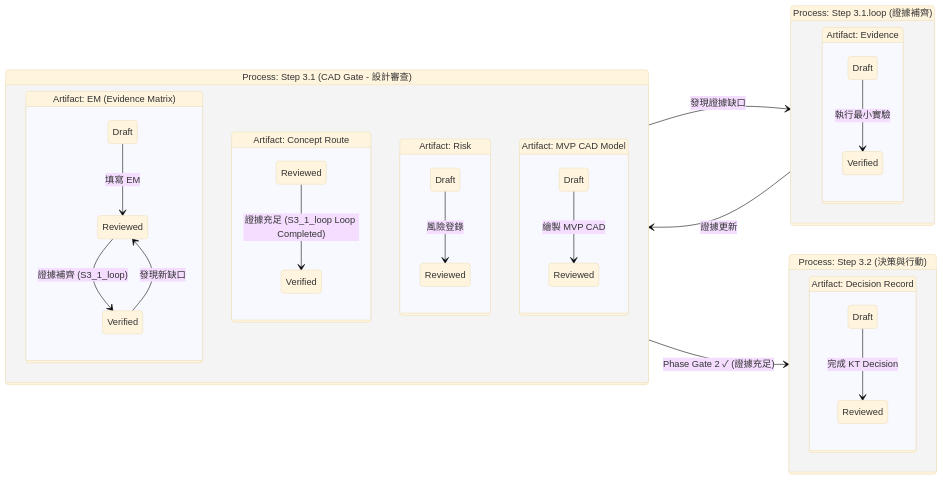
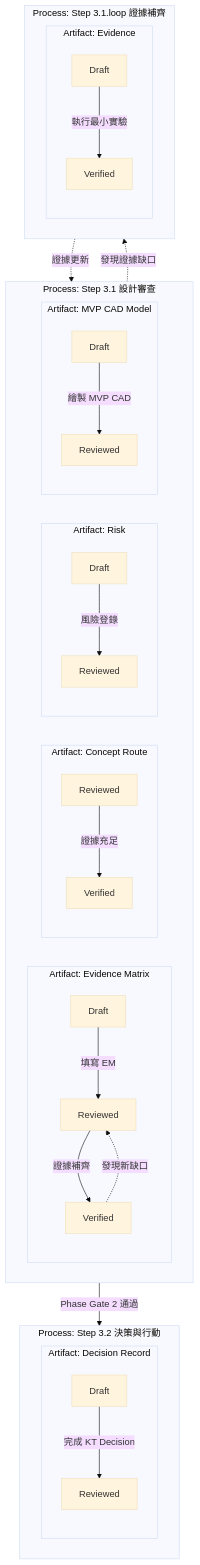
Before and after one commit to Zenobia000/AutoTRIZ_smart_design: the second of 3 diagrams in docs/e2e/RD_Design_Copilot_State_Machine.md, drawn with Mermaid (base theme). The commit also changed other lines of this file and 1 other file, not shown here.

First line of the commit message:
docs: update E2E docs for 8-gate system, Pre-CAD, evidence matrix, WANT seed

````diff
--- a/docs/e2e/RD_Design_Copilot_State_Machine.md
+++ b/docs/e2e/RD_Design_Copilot_State_Machine.md
@@ -99,50 +83,35 @@
 ```mermaid
-stateDiagram-v2
-    direction LR
+graph TB
+    subgraph Process3_1["Process: Step 3.1 設計審查"]
+        subgraph EM_Artifact["Artifact: Evidence Matrix"]
+            EM_Draft["Draft"] -->|"填寫 EM"| EM_Reviewed["Reviewed"]
+            EM_Reviewed -->|"證據補齊"| EM_Verified["Verified"]
+            EM_Verified -.->|"發現新缺口"| EM_Reviewed
+        end
+        subgraph CR_Artifact["Artifact: Concept Route"]
+            CR_Reviewed["Reviewed"] -->|"證據充足"| CR_Verified["Verified"]
+        end
+        subgraph Risk_Artifact["Artifact: Risk"]
+            Risk_Draft["Draft"] -->|"風險登錄"| Risk_Reviewed["Reviewed"]
+        end
+        subgraph MVP_CAD["Artifact: MVP CAD Model"]
+            CAD_Draft["Draft"] -->|"繪製 MVP CAD"| CAD_Reviewed["Reviewed"]
+        end
+    end
 
-    state "Process: Step 3.1 (CAD Gate - 設計審查)" as Process3_1 {
-        state "Artifact: EM (Evidence Matrix)" as EM_Artifact {
-            state "Draft" as EM_Draft
-            state "Reviewed" as EM_Reviewed
-            state "Verified" as EM_Verified
-            EM_Draft --> EM_Reviewed : 填寫 EM
-            EM_Reviewed --> EM_Verified : 證據補齊 (S3_1_loop)
-            EM_Verified --> EM_Reviewed : 發現新缺口
-        }
-        state "Artifact: Concept Route" as CR_Artifact {
-            state "Reviewed" as CR_Reviewed
-            state "Verified" as CR_Verified
-            CR_Reviewed --> CR_Verified : 證據充足 (S3_1_loop Loop Completed)
-        }
-        state "Artifact: Risk" as Risk_Artifact {
-            state "Draft" as Risk_Draft
-            state "Reviewed" as Risk_Reviewed
-            Risk_Draft --> Risk_Reviewed : 風險登錄
-        }
-        state "Artifact: MVP CAD Model" as MVP_CAD_Artifact {
-            state "Draft" as MVP_CAD_Draft
-            state "Reviewed" as MVP_CAD_Reviewed
-            MVP_CAD_Draft --> MVP_CAD_Reviewed : 繪製 MVP CAD
-        }
-    }
+    subgraph Process3_1_loop["Process: Step 3.1.loop 證據補齊"]
+        subgraph Evid_Artifact["Artifact: Evidence"]
+            Evid_Draft["Draft"] -->|"執行最小實驗"| Evid_Verified["Verified"]
+        end
+    end
 
-    state "Process: Step 3.1.loop (證據補齊)" as Process3_1_loop {
-        state "Artifact: Evidence" as Evid_Artifact {
-            state "Draft" as Evid_Draft
-            state "Verified" as Evid_Verified
-            Evid_Draft --> Evid_Verified : 執行最小實驗
-        }
-    }
+    subgraph Process3_2["Process: Step 3.2 決策與行動"]
+        subgraph DR_Artifact["Artifact: Decision Record"]
+            DR_Draft["Draft"] -->|"完成 KT Decision"| DR_Reviewed["Reviewed"]
+        end
+    end
 
-    state "Process: Step 3.2 (決策與行動)" as Process3_2 {
-        state "Artifact: Decision Record" as DR_Artifact {
-            state "Draft" as DR_Draft
-            state "Reviewed" as DR_Reviewed
-            DR_Draft --> DR_Reviewed : 完成 KT Decision
-        }
-    }
-
-    Process3_1 --> Process3_1_loop : 發現證據缺口
-    Process3_1_loop --> Process3_1 : 證據更新
-    Process3_1 --> Process3_2 : Phase Gate 2 ✓ (證據充足)
+    Process3_1 -.->|"發現證據缺口"| Process3_1_loop
+    Process3_1_loop -.->|"證據更新"| Process3_1
+    Process3_1 -->|"Phase Gate 2 通過"| Process3_2
 ```
````
